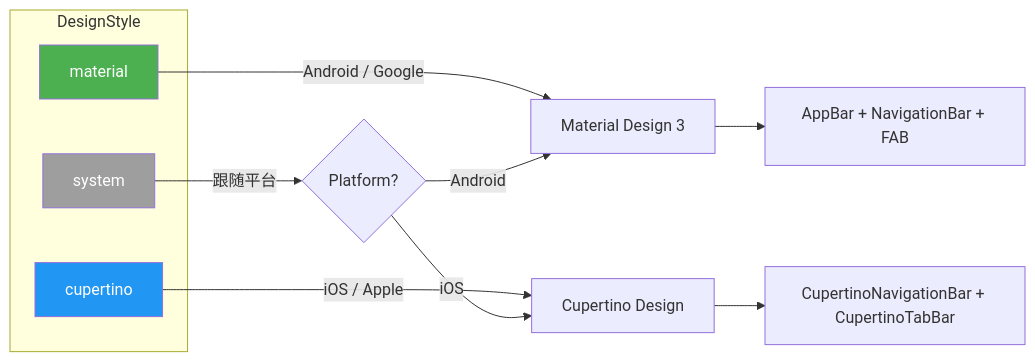
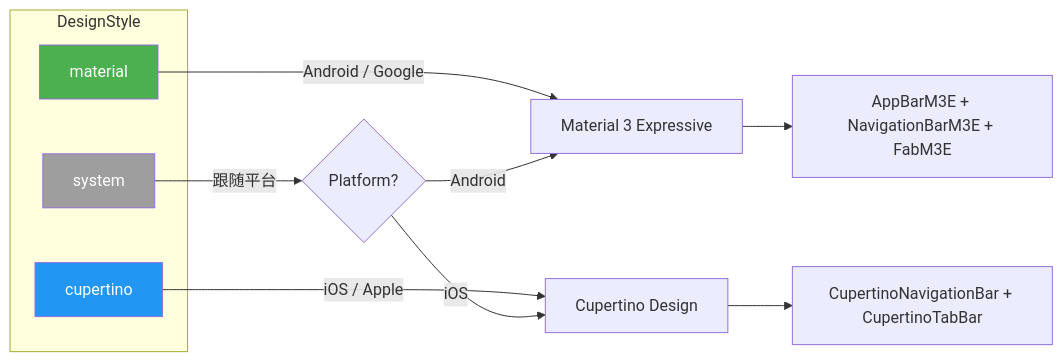
The sixth of 7 diagrams in README.md (fans963/li_curriculum_table), drawn with Mermaid before and after one commit. The commit also changed other lines of this file and 242 other files, not shown here.

````diff
--- a/README.md
+++ b/README.md
@@ -383,21 +415,21 @@
 ```mermaid
 graph LR
     subgraph "DesignStyle"
         M[material]
         C[cupertino]
         S[system]
     end
 
-    M --> |"Android / Google"| MD[Material Design 3]
+    M --> |"Android / Google"| MD[Material 3 Expressive]
     C --> |"iOS / Apple"| CD[Cupertino Design]
     S --> |"跟随平台"| AUTO{Platform?}
     AUTO --> |Android| MD
     AUTO --> |iOS| CD
 
-    MD --> T1["AppBar + NavigationBar + FAB"]
+    MD --> T1["AppBarM3E + NavigationBarM3E + FabM3E"]
     CD --> T2["CupertinoNavigationBar + CupertinoTabBar"]
 
     style M fill:#4CAF50,color:#fff
     style C fill:#2196F3,color:#fff
     style S fill:#9E9E9E,color:#fff
 ```
````
